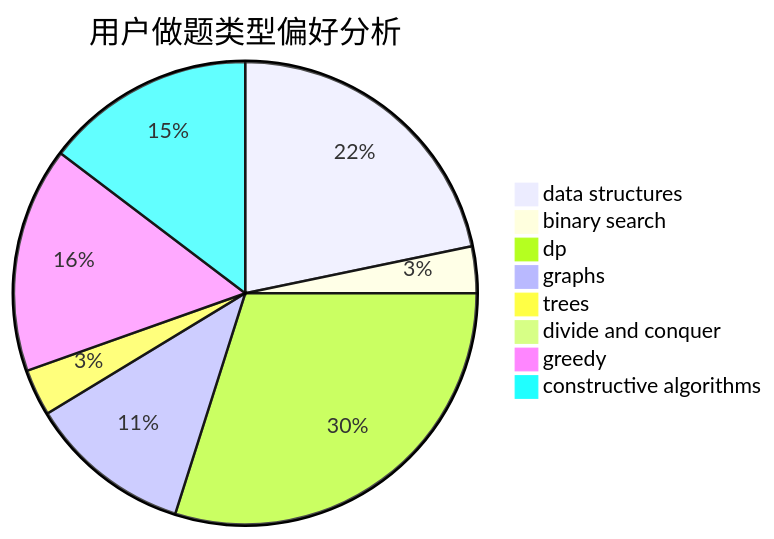
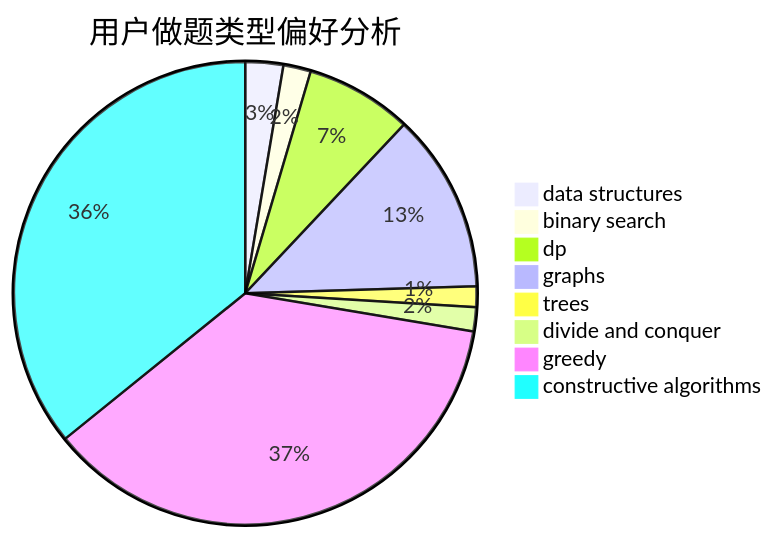
The second of 3 diagrams in docs/user/u1997.md (sherpahu/cfrs.github.io), drawn with Mermaid before and after one commit. The commit also changed other lines of this file and 2770 other files, not shown here.

````diff
--- a/docs/user/u1997.md
+++ b/docs/user/u1997.md
@@ -23,11 +23,11 @@
 ```mermaid
 pie title 用户做题类型偏好分析
-    "data structures" :  40
-    "binary search" :  6
-    "dp" :  55
-    "graphs" :  21
+    "data structures" :  11
+    "binary search" :  8
+    "dp" :  31
+    "graphs" :  52
     "trees" :  6
-    "divide and conquer" :  0
-    "greedy" :  29
-    "constructive algorithms" :  27
+    "divide and conquer" :  7
+    "greedy" :  152
+    "constructive algorithms" :  149
 ```
````
